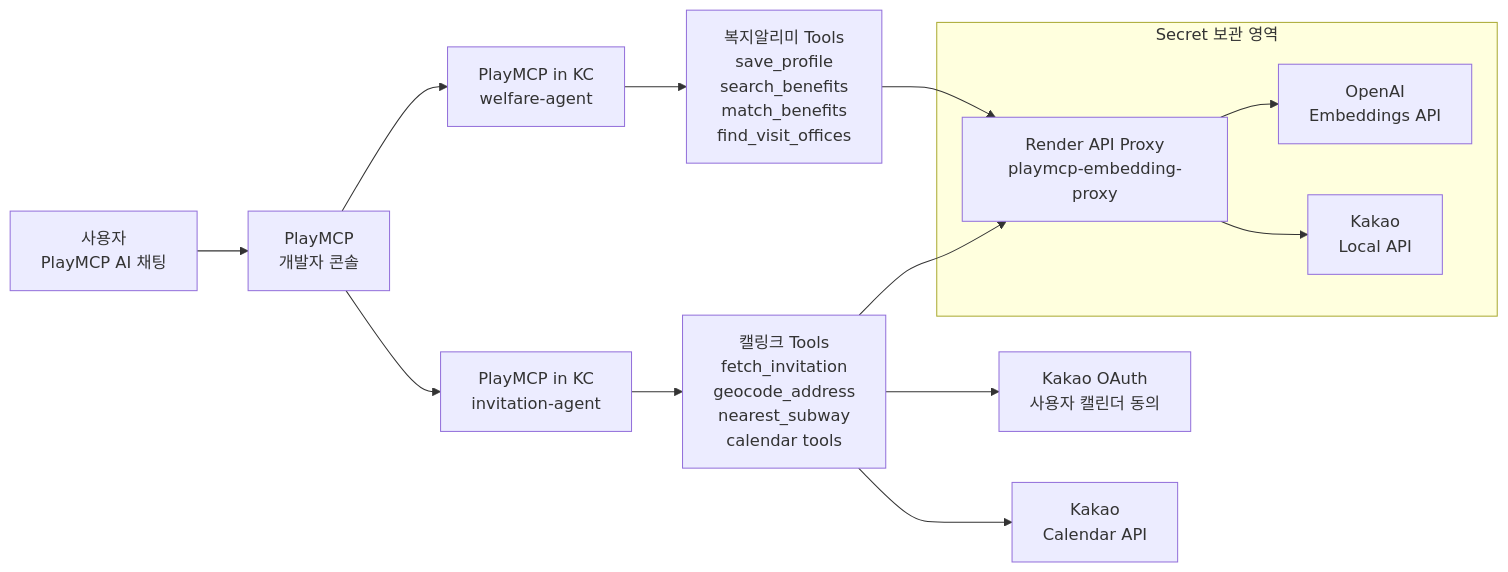
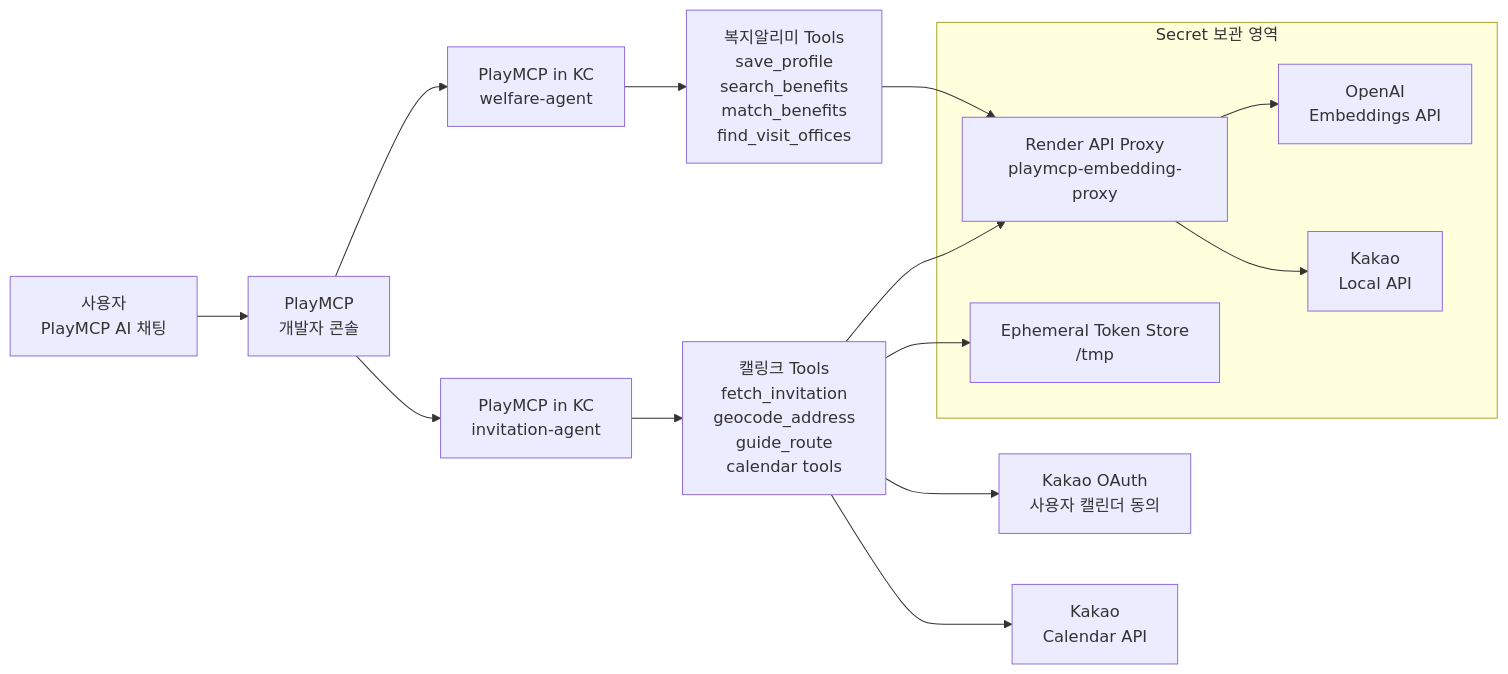
The first of 3 diagrams in docs/architecture.md (kakao-agentic-player-10/playmcp-infra), drawn with Mermaid before and after one commit. The commit also changed other lines of this file and 5 other files, not shown here.

````diff
--- a/docs/architecture.md
+++ b/docs/architecture.md
@@ -8,24 +8,26 @@
 ```mermaid
 flowchart LR
     user["사용자<br/>PlayMCP AI 채팅"] --> playmcp["PlayMCP<br/>개발자 콘솔"]
     playmcp --> welfare_kc["PlayMCP in KC<br/>welfare-agent"]
     playmcp --> invitation_kc["PlayMCP in KC<br/>invitation-agent"]
 
     welfare_kc --> welfare_tools["복지알리미 Tools<br/>save_profile<br/>search_benefits<br/>match_benefits<br/>find_visit_offices"]
-    invitation_kc --> invitation_tools["캘링크 Tools<br/>fetch_invitation<br/>geocode_address<br/>nearest_subway<br/>calendar tools"]
+    invitation_kc --> invitation_tools["캘링크 Tools<br/>fetch_invitation<br/>geocode_address<br/>guide_route<br/>calendar tools"]
 
     welfare_tools --> proxy["Render API Proxy<br/>playmcp-embedding-proxy"]
     invitation_tools --> proxy
 
     proxy --> openai["OpenAI<br/>Embeddings API"]
     proxy --> kakao_local["Kakao<br/>Local API"]
 
     invitation_tools --> kakao_oauth["Kakao OAuth<br/>사용자 캘린더 동의"]
+    invitation_tools --> token_store["Ephemeral Token Store<br/>/tmp"]
     invitation_tools --> kakao_calendar["Kakao<br/>Calendar API"]
 
     subgraph secret_area["Secret 보관 영역"]
       proxy
       openai
       kakao_local
+      token_store
     end
 ```
````
